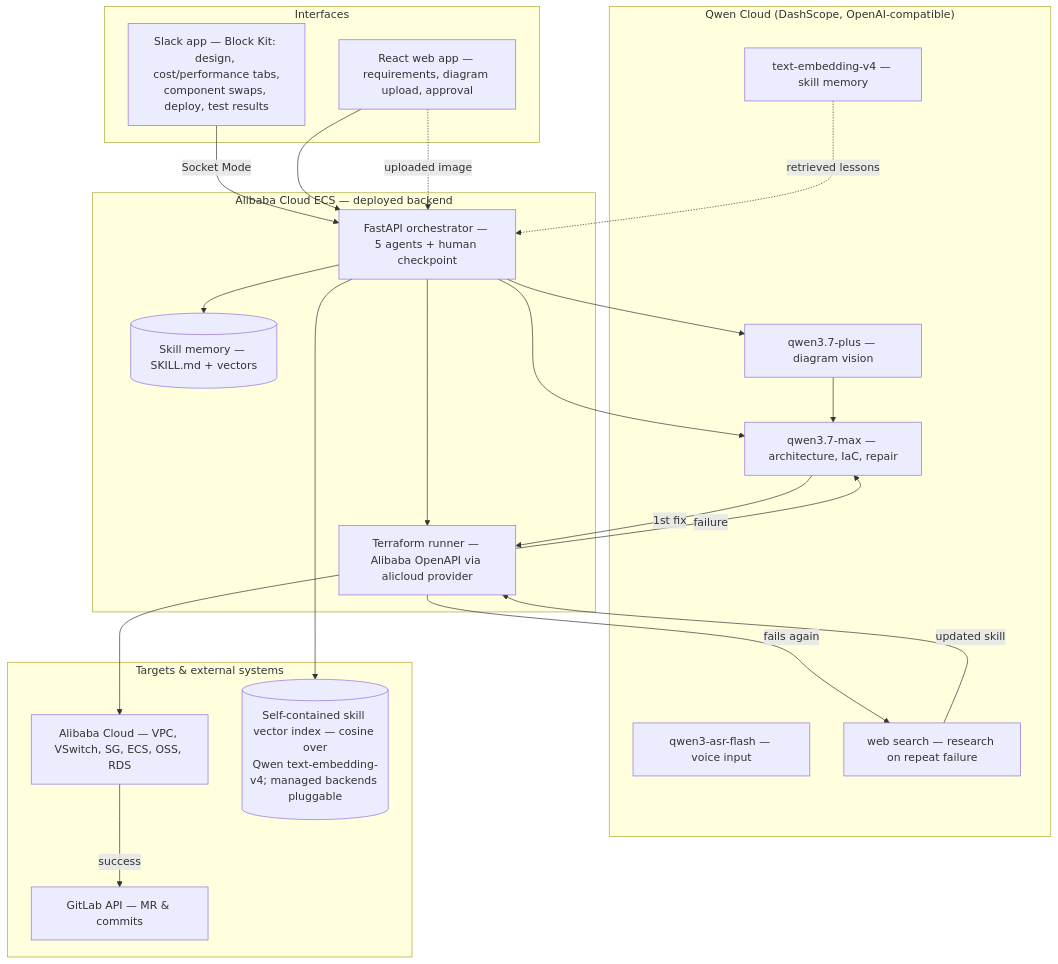
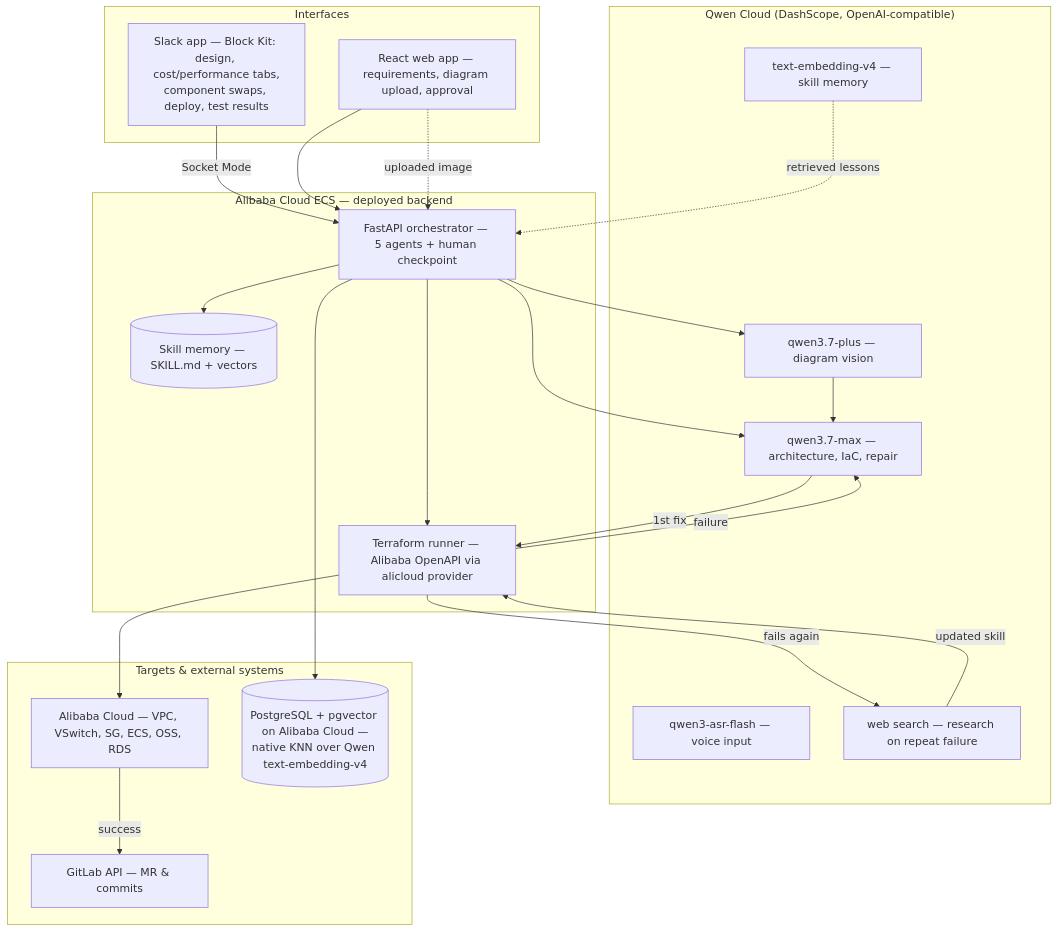
Before and after one commit to EimisPachecoHacks/slack-sky-launchpad-ATX: the diagram in README.md, drawn with Mermaid. The commit also changed 4 other files, not shown here.

First line of the commit message:
feat(skydb): store skill vectors in PostgreSQL + pgvector on Alibaba Cloud

````diff
--- a/README.md
+++ b/README.md
@@ -90,37 +90,37 @@
 ```mermaid
 flowchart TB
   subgraph clients["Interfaces"]
     S["Slack app — Block Kit: design, cost/performance tabs,<br/>component swaps, deploy, test results"]
     A[React web app — requirements, diagram upload, approval]
   end
   subgraph alibaba["Alibaba Cloud ECS — deployed backend"]
     API[FastAPI orchestrator — 5 agents + human checkpoint]
     T[Terraform runner — Alibaba OpenAPI via alicloud provider]
     M[(Skill memory — SKILL.md + vectors)]
   end
   subgraph qwen["Qwen Cloud (DashScope, OpenAI-compatible)"]
     B["qwen3.7-max — architecture, IaC, repair"]
     Vz["qwen3.7-plus — diagram vision"]
     V["text-embedding-v4 — skill memory"]
     ASR["qwen3-asr-flash — voice input"]
     WS["web search — research on repeat failure"]
   end
   subgraph run["Targets & external systems"]
     C[Alibaba Cloud — VPC, VSwitch, SG, ECS, OSS, RDS]
-    DB[(Self-contained skill vector index — cosine over<br/>Qwen text-embedding-v4; managed backends pluggable)]
+    DB[(PostgreSQL + pgvector on Alibaba Cloud —<br/>native KNN over Qwen text-embedding-v4)]
     E[GitLab API — MR & commits]
   end
   S -->|Socket Mode| API
   A --> API
   API --> B
   A -. "uploaded image" .-> API --> Vz --> B
   V -. "retrieved lessons" .-> API
   API --> T --> C
   API --> DB
   API --> M
   C -->|success| E
   T -->|"failure"| B
   B -->|"1st fix"| T
   T -->|"fails again"| WS
   WS -->|"updated skill"| T
 ```
````
